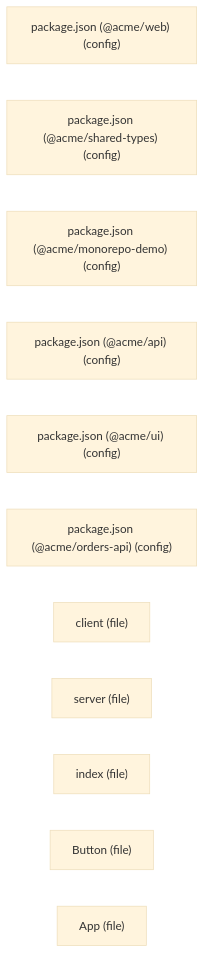
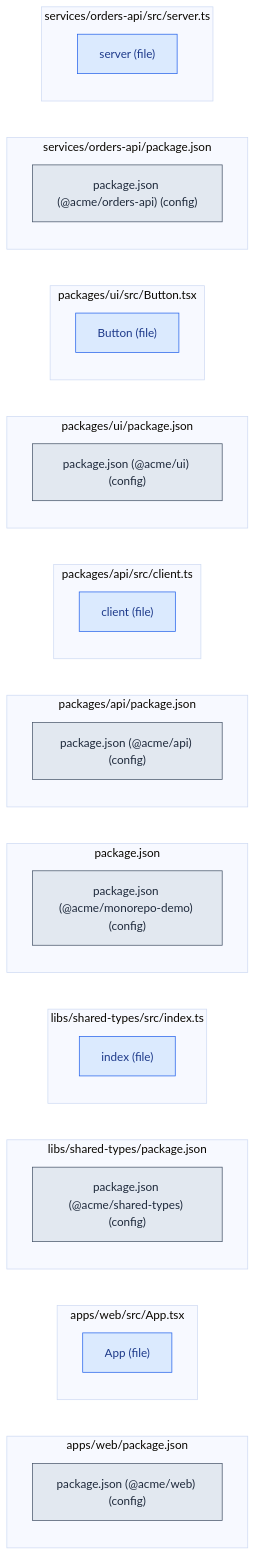
The first of 2 diagrams in docs/visualization-examples.md (configflux/weld), drawn with Mermaid (base theme) before and after one commit. The commit also changed other lines of this file and 205 other files, not shown here.

````diff
--- a/docs/visualization-examples.md
+++ b/docs/visualization-examples.md
@@ -145,14 +145,41 @@
 ```mermaid
 flowchart LR
-    config_apps_web_package_json["package.json (@acme/web) (config)"]
-    config_libs_shared_types_package_json["package.json (@acme/shared-types) (config)"]
-    config_package_json["package.json (@acme/monorepo-demo) (config)"]
-    config_packages_api_package_json["package.json (@acme/api) (config)"]
-    config_packages_ui_package_json["package.json (@acme/ui) (config)"]
-    config_services_orders_api_package_json["package.json (@acme/orders-api) (config)"]
-    file_api_src_client["client (file)"]
-    file_orders_api_src_server["server (file)"]
-    file_shared_types_src_index["index (file)"]
-    file_ui_src_Button["Button (file)"]
-    file_web_src_App["App (file)"]
+%% weld graph export: 11 of 11 nodes shown
+    classDef weld_config fill:#e2e8f0,stroke:#475569,color:#1e293b;
+    classDef weld_file fill:#dbeafe,stroke:#2563eb,color:#1e3a8a;
+    subgraph grp_file_apps_web_package_json["apps/web/package.json"]
+        config_apps_web_package_json["package.json (@acme/web) (config)"]
+    end
+    subgraph grp_file_apps_web_src_App_tsx["apps/web/src/App.tsx"]
+        file_web_src_App["App (file)"]
+    end
+    subgraph grp_file_libs_shared_types_package_json["libs/shared-types/package.json"]
+        config_libs_shared_types_package_json["package.json (@acme/shared-types) (config)"]
+    end
+    subgraph grp_file_libs_shared_types_src_index_ts["libs/shared-types/src/index.ts"]
+        file_shared_types_src_index["index (file)"]
+    end
+    subgraph grp_file_package_json["package.json"]
+        config_package_json["package.json (@acme/monorepo-demo) (config)"]
+    end
+    subgraph grp_file_packages_api_package_json["packages/api/package.json"]
+        config_packages_api_package_json["package.json (@acme/api) (config)"]
+    end
+    subgraph grp_file_packages_api_src_client_ts["packages/api/src/client.ts"]
+        file_api_src_client["client (file)"]
+    end
+    subgraph grp_file_packages_ui_package_json["packages/ui/package.json"]
+        config_packages_ui_package_json["package.json (@acme/ui) (config)"]
+    end
+    subgraph grp_file_packages_ui_src_Button_tsx["packages/ui/src/Button.tsx"]
+        file_ui_src_Button["Button (file)"]
+    end
+    subgraph grp_file_services_orders_api_package_json["services/orders-api/package.json"]
+        config_services_orders_api_package_json["package.json (@acme/orders-api) (config)"]
+    end
+    subgraph grp_file_services_orders_api_src_server_ts["services/orders-api/src/server.ts"]
+        file_orders_api_src_server["server (file)"]
+    end
+    class config_apps_web_package_json,config_libs_shared_types_package_json,config_package_json,config_packages_api_package_json,config_packages_ui_package_json,config_services_orders_api_package_json weld_config;
+    class file_api_src_client,file_orders_api_src_server,file_shared_types_src_index,file_ui_src_Button,file_web_src_App weld_file;
 ```
````
